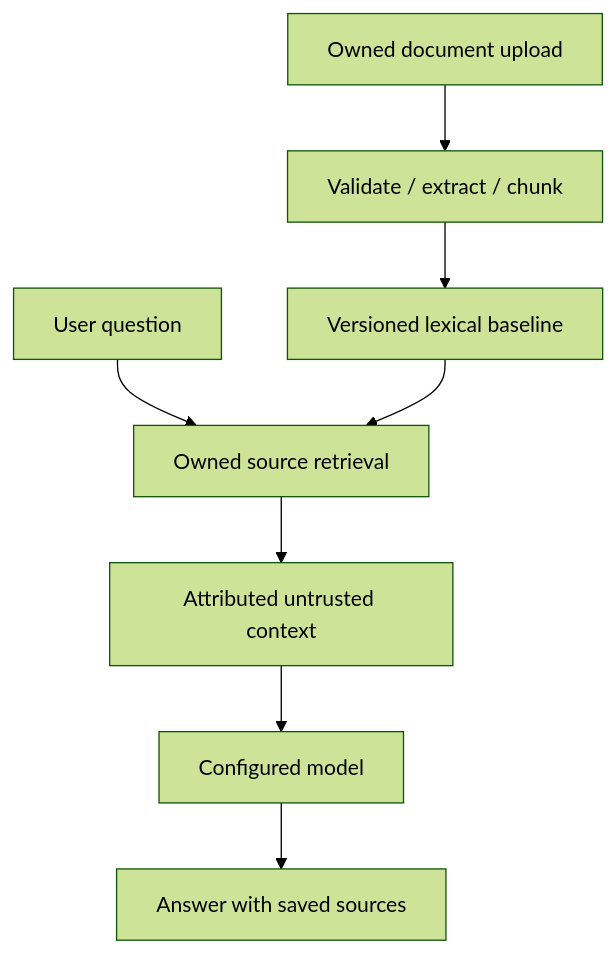
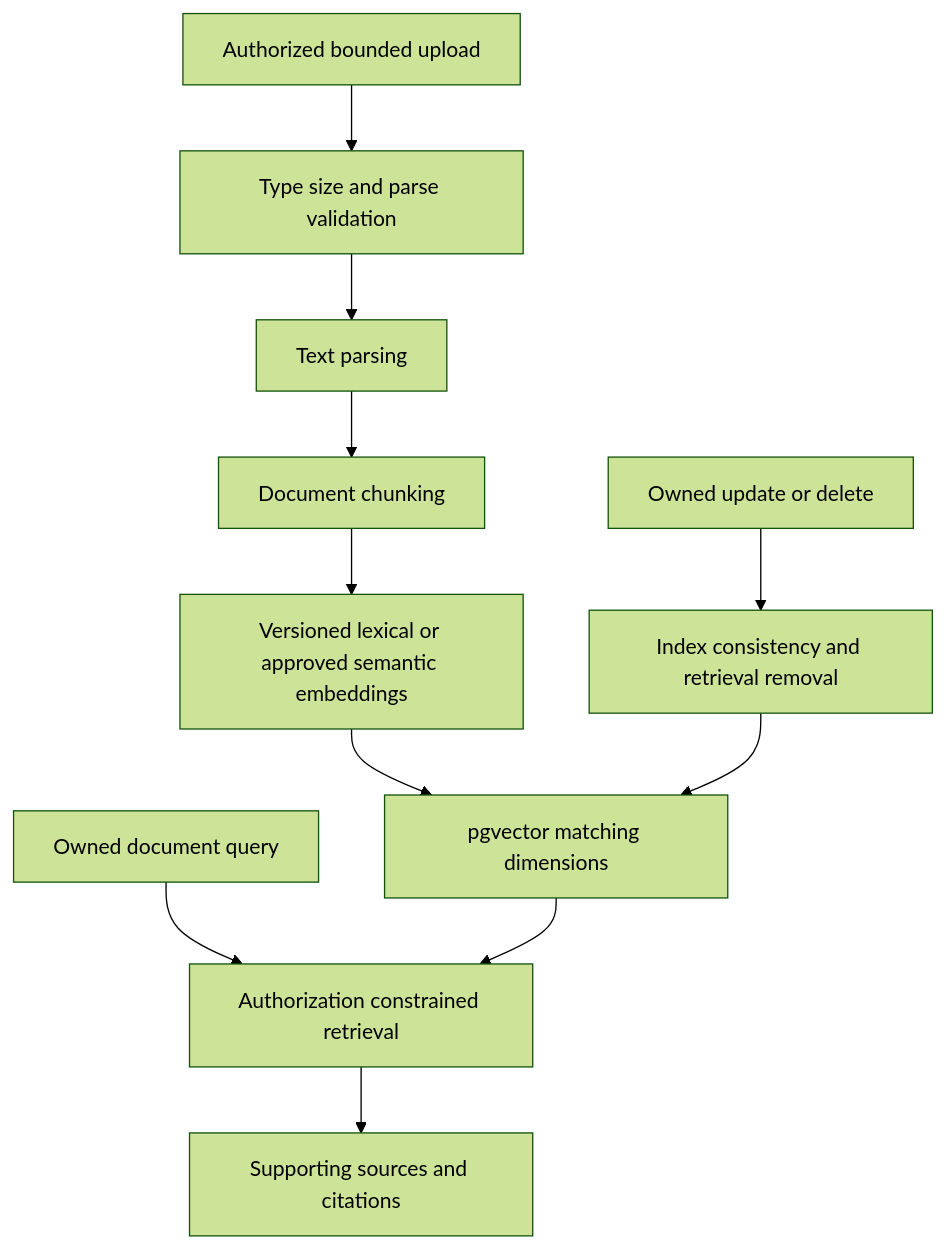
One commit to DruHustle/onesa-ai-platform changed the diagram in docs/diagrams/public-rag.mmd. Above: the diagram before and after it, drawn with Mermaid (forest theme). The commit also changed 70 other files, not shown here.

```diff
--- a/docs/diagrams/public-rag.mmd
+++ b/docs/diagrams/public-rag.mmd
@@ -1,8 +1,11 @@
 flowchart TB
-Document[Owned document upload] --> Extract[Validate / extract / chunk]
-Extract --> Index[Versioned lexical baseline]
-Question[User question] --> Retrieval[Owned source retrieval]
-Index --> Retrieval
-Retrieval --> Context[Attributed untrusted context]
-Context --> Model[Configured model]
-Model --> Answer[Answer with saved sources]
+Upload[Authorized bounded upload] --> Validate[Type size and parse validation]
+Validate --> Parse[Text parsing]
+Parse --> Chunk[Document chunking]
+Chunk --> Embed[Versioned lexical or approved semantic embeddings]
+Embed --> Vector[pgvector matching dimensions]
+Query[Owned document query] --> Retrieve[Authorization constrained retrieval]
+Vector --> Retrieve
+Retrieve --> Sources[Supporting sources and citations]
+Delete[Owned update or delete] --> Index[Index consistency and retrieval removal]
+Index --> Vector
```
